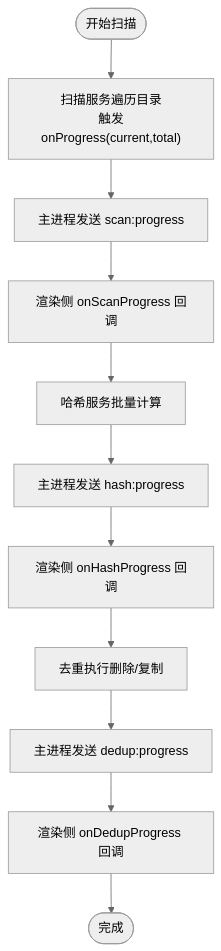
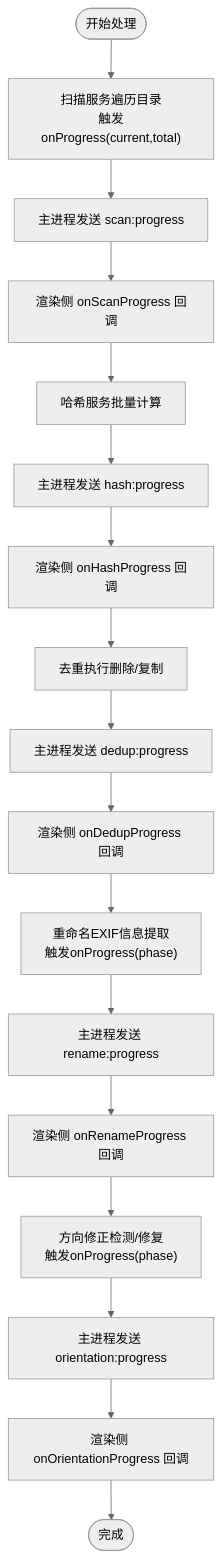
The fifth of 10 diagrams in .qoder/repowiki/zh/content/IPC通信层/IPC通信层.md (remgasuki/ReDoPhoto), drawn with Mermaid (neutral theme) before and after one commit. The commit also changed other lines of this file and 10 other files, not shown here.

````diff
--- a/.qoder/repowiki/zh/content/IPC通信层/IPC通信层.md
+++ b/.qoder/repowiki/zh/content/IPC通信层/IPC通信层.md
@@ -228,13 +264,19 @@
 ```mermaid
 flowchart TD
-Start(["开始扫描"]) --> Scan["扫描服务遍历目录<br/>触发onProgress(current,total)"]
+Start(["开始处理"]) --> Scan["扫描服务遍历目录<br/>触发onProgress(current,total)"]
 Scan --> Send1["主进程发送 scan:progress"]
 Send1 --> Render1["渲染侧 onScanProgress 回调"]
 Render1 --> Hash["哈希服务批量计算"]
 Hash --> Send2["主进程发送 hash:progress"]
 Send2 --> Render2["渲染侧 onHashProgress 回调"]
 Render2 --> DedupExec["去重执行删除/复制"]
 DedupExec --> Send3["主进程发送 dedup:progress"]
 Send3 --> Render3["渲染侧 onDedupProgress 回调"]
-Render3 --> End(["完成"])
+Render3 --> Rename["重命名EXIF信息提取<br/>触发onProgress(phase)"]
+Rename --> Send4["主进程发送 rename:progress"]
+Send4 --> Render4["渲染侧 onRenameProgress 回调"]
+Render4 --> Orient["方向修正检测/修复<br/>触发onProgress(phase)"]
+Orient --> Send5["主进程发送 orientation:progress"]
+Send5 --> Render5["渲染侧 onOrientationProgress 回调"]
+Render5 --> End(["完成"])
 ```
````
